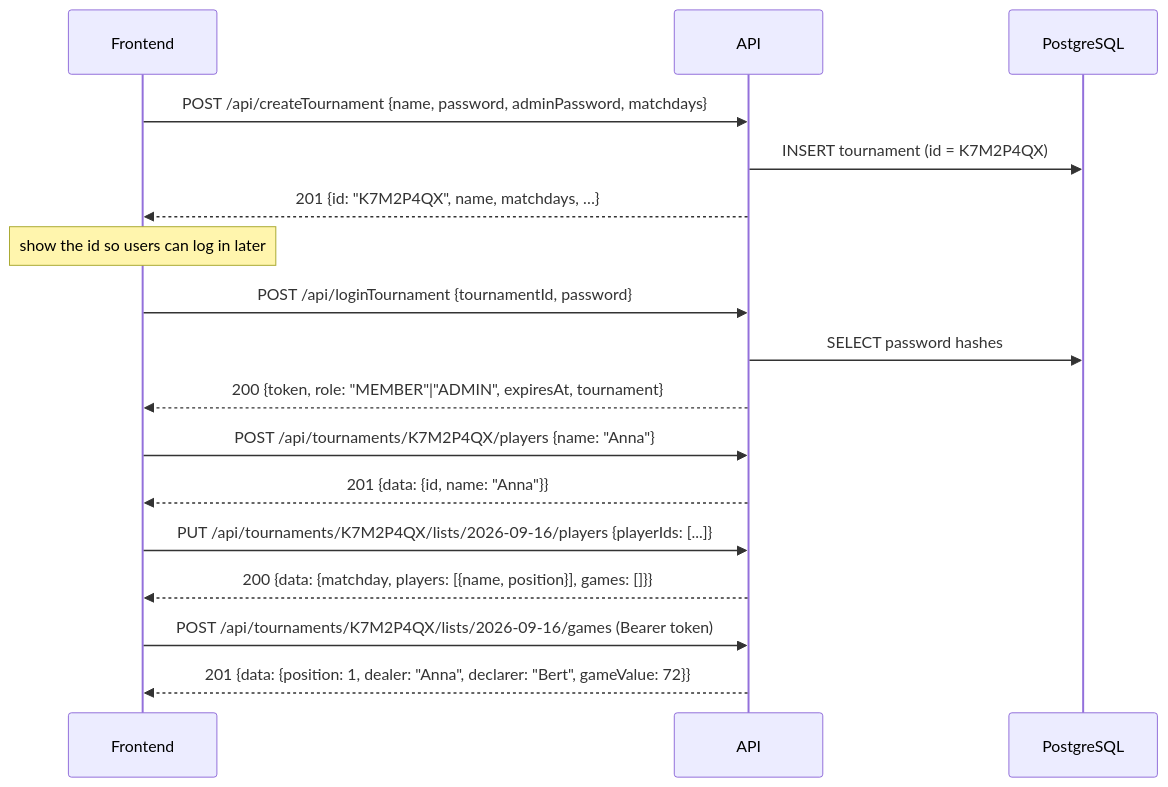
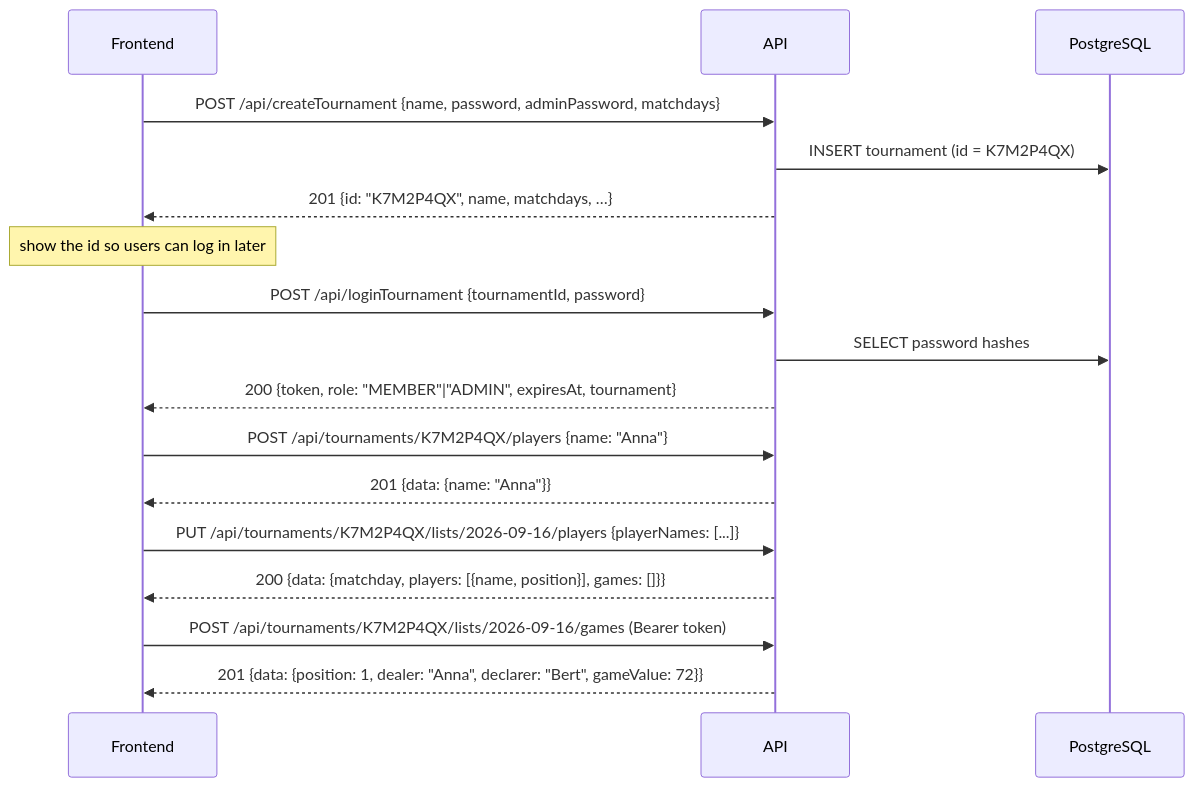
The diagram in backend/README.md (TropicLegend/skatis), drawn with Mermaid before and after one commit. The commit also changed other lines of this file and 15 other files, not shown here.

First line of the commit message:
Apply migrations on startup and identify players by name

````diff
--- a/backend/README.md
+++ b/backend/README.md
@@ -74,20 +93,20 @@
 ```mermaid
 sequenceDiagram
     participant F as Frontend
     participant A as API
     participant D as PostgreSQL
 
     F->>A: POST /api/createTournament {name, password, adminPassword, matchdays}
     A->>D: INSERT tournament (id = K7M2P4QX)
     A-->>F: 201 {id: "K7M2P4QX", name, matchdays, …}
     Note over F: show the id so users can log in later
     F->>A: POST /api/loginTournament {tournamentId, password}
     A->>D: SELECT password hashes
     A-->>F: 200 {token, role: "MEMBER"|"ADMIN", expiresAt, tournament}
     F->>A: POST /api/tournaments/K7M2P4QX/players {name: "Anna"}
-    A-->>F: 201 {data: {id, name: "Anna"}}
-    F->>A: PUT /api/tournaments/K7M2P4QX/lists/2026-09-16/players {playerIds: [...]}
+    A-->>F: 201 {data: {name: "Anna"}}
+    F->>A: PUT /api/tournaments/K7M2P4QX/lists/2026-09-16/players {playerNames: [...]}
     A-->>F: 200 {data: {matchday, players: [{name, position}], games: []}}
     F->>A: POST /api/tournaments/K7M2P4QX/lists/2026-09-16/games (Bearer token)
     A-->>F: 201 {data: {position: 1, dealer: "Anna", declarer: "Bert", gameValue: 72}}
 ```
````
